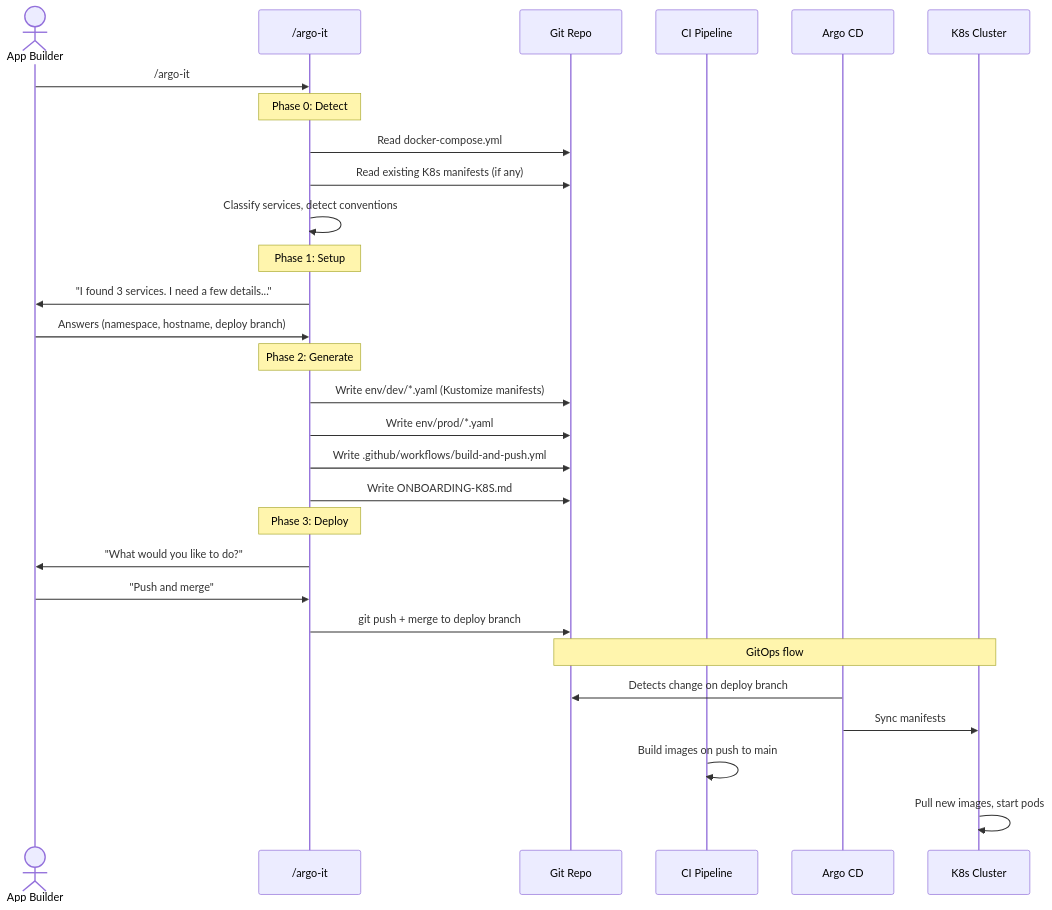
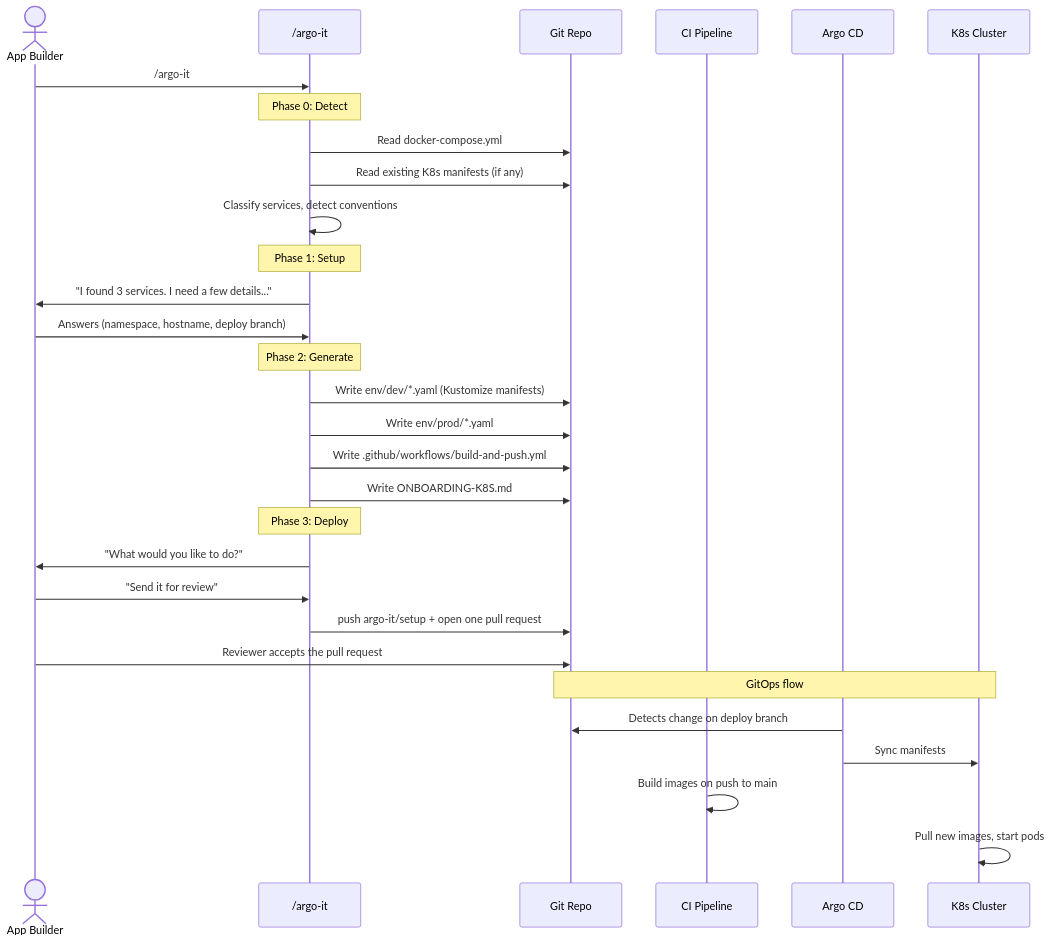
One commit to sealmindset/make-it changed the first of 4 diagrams in docs/ARGO-IT-GUIDE.md. Above: the diagram before and after it, drawn with Mermaid. The commit also changed other lines of this file and 5 other files, not shown here.

````diff
--- a/docs/ARGO-IT-GUIDE.md
+++ b/docs/ARGO-IT-GUIDE.md
@@ -49,37 +49,38 @@
 ```mermaid
 sequenceDiagram
     actor User as App Builder
     participant AI as /argo-it
     participant Repo as Git Repo
     participant CI as CI Pipeline
     participant Argo as Argo CD
     participant K8s as K8s Cluster
 
     User->>AI: /argo-it
 
     Note over AI: Phase 0: Detect
     AI->>Repo: Read docker-compose.yml
     AI->>Repo: Read existing K8s manifests (if any)
     AI->>AI: Classify services, detect conventions
 
     Note over AI: Phase 1: Setup
     AI->>User: "I found 3 services. I need a few details..."
     User->>AI: Answers (namespace, hostname, deploy branch)
 
     Note over AI: Phase 2: Generate
     AI->>Repo: Write env/dev/*.yaml (Kustomize manifests)
     AI->>Repo: Write env/prod/*.yaml
     AI->>Repo: Write .github/workflows/build-and-push.yml
     AI->>Repo: Write ONBOARDING-K8S.md
 
     Note over AI: Phase 3: Deploy
     AI->>User: "What would you like to do?"
-    User->>AI: "Push and merge"
-    AI->>Repo: git push + merge to deploy branch
+    User->>AI: "Send it for review"
+    AI->>Repo: push argo-it/setup + open one pull request
+    User->>Repo: Reviewer accepts the pull request
 
     Note over Repo,K8s: GitOps flow
     Argo->>Repo: Detects change on deploy branch
     Argo->>K8s: Sync manifests
     CI->>CI: Build images on push to main
     K8s->>K8s: Pull new images, start pods
 ```
````
